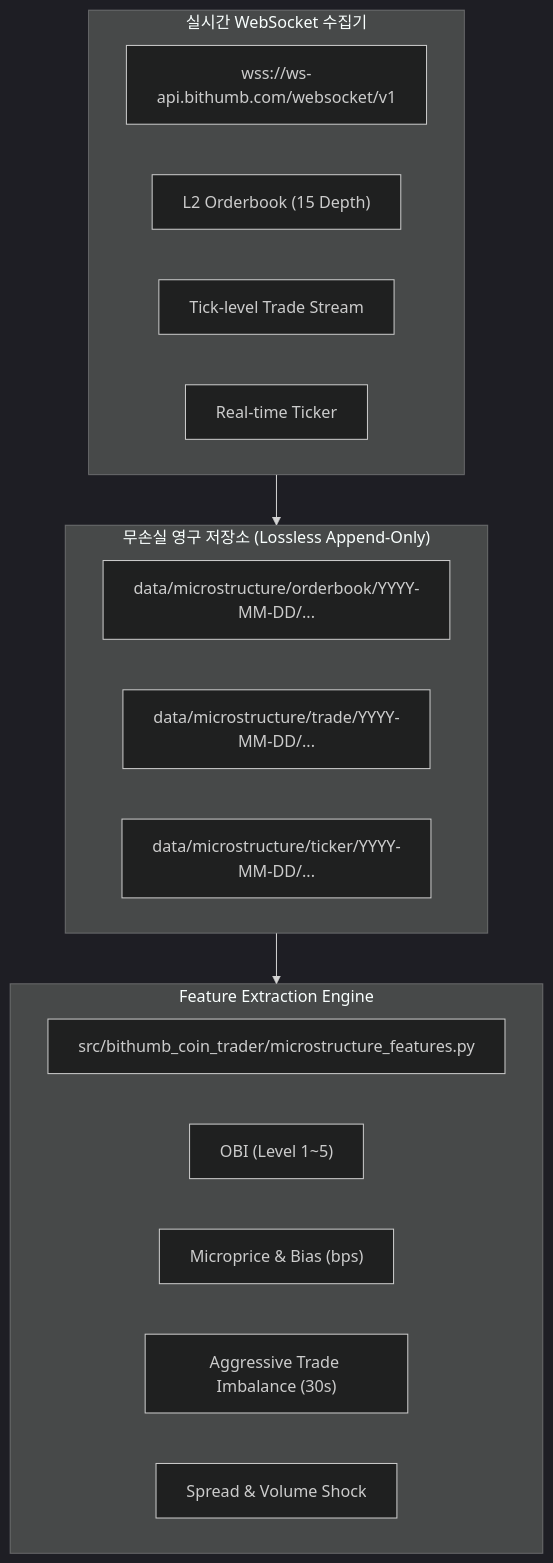
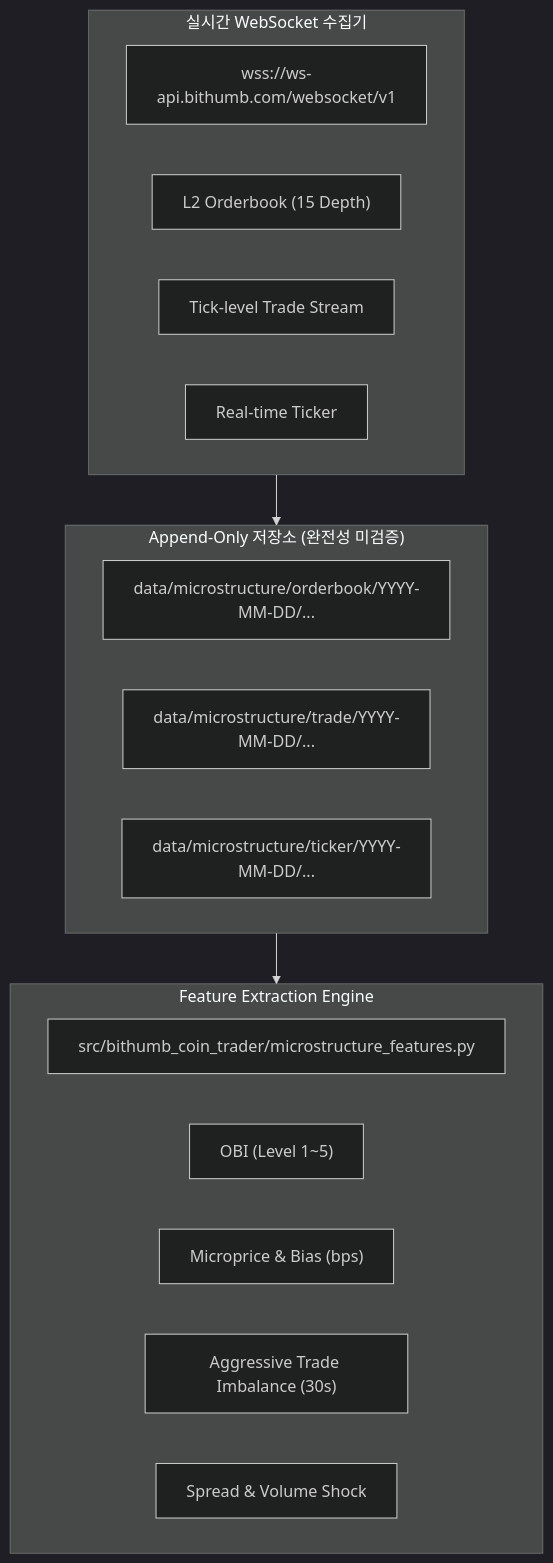
Before and after one commit to JongHyun070105/bithumb-coin-trader: the diagram in docs/STRATEGY_V9_RESEARCH_PROTOCOL_2026-08-26.md, drawn with Mermaid (dark theme). The commit also changed other lines of this file and 6 other files, not shown here.

````diff
--- a/docs/STRATEGY_V9_RESEARCH_PROTOCOL_2026-08-26.md
+++ b/docs/STRATEGY_V9_RESEARCH_PROTOCOL_2026-08-26.md
@@ -40,25 +43,25 @@
 ```mermaid
 flowchart TD
     subgraph Ingestion["실시간 WebSocket 수집기"]
         W1["wss://ws-api.bithumb.com/websocket/v1"]
         W2["L2 Orderbook (15 Depth)"]
         W3["Tick-level Trade Stream"]
         W4["Real-time Ticker"]
     end
 
-    subgraph Storage["무손실 영구 저장소 (Lossless Append-Only)"]
+    subgraph Storage["Append-Only 저장소 (완전성 미검증)"]
         S1["data/microstructure/orderbook/YYYY-MM-DD/..."]
         S2["data/microstructure/trade/YYYY-MM-DD/..."]
         S3["data/microstructure/ticker/YYYY-MM-DD/..."]
     end
 
     subgraph FeatureEngine["Feature Extraction Engine"]
         F1["src/bithumb_coin_trader/microstructure_features.py"]
         F2["OBI (Level 1~5)"]
         F3["Microprice & Bias (bps)"]
         F4["Aggressive Trade Imbalance (30s)"]
         F5["Spread & Volume Shock"]
     end
 
     Ingestion --> Storage --> FeatureEngine
 ```
````
